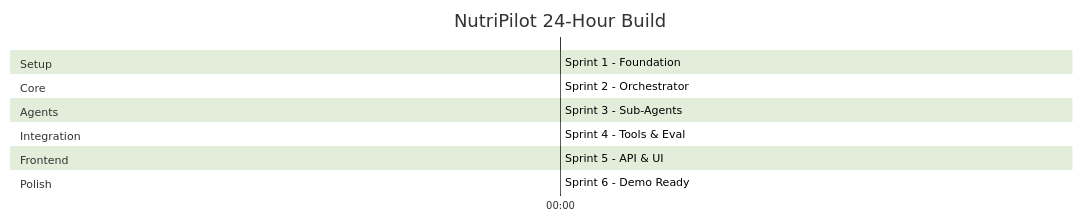
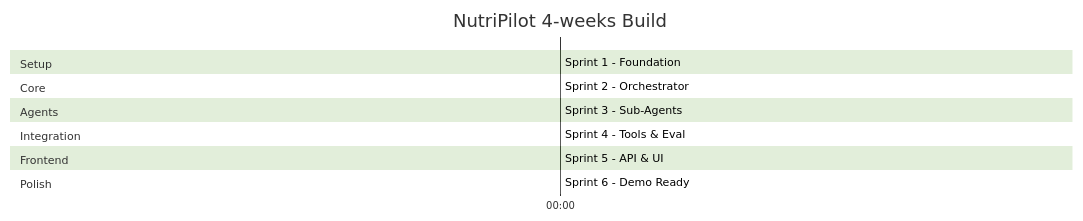
The diagram in PROJECT_PLAN.md (oabolade/nutripilot), drawn with Mermaid (forest theme) before and after one commit.

Commit message:
Update project title to 'NutriPilot 4-weeks Build'

````diff
--- a/PROJECT_PLAN.md
+++ b/PROJECT_PLAN.md
@@ -11,24 +11,24 @@
 ```mermaid
 gantt
-    title NutriPilot 24-Hour Build
+    title NutriPilot 4-weeks Build
     dateFormat HH:mm
     axisFormat %H:%M
     
     section Setup
     Sprint 1 - Foundation     :s1, 00:00, 2 days
     
     section Core
     Sprint 2 - Orchestrator   :s2, after s1, 3 days
     
     section Agents
     Sprint 3 - Sub-Agents     :s3, after s2, 5 days
     
     section Integration
     Sprint 4 - Tools & Eval   :s4, after s3, 5 days
     
     section Frontend
     Sprint 5 - API & UI       :s5, after s4, 2 days
     
     section Polish
     Sprint 6 - Demo Ready     :s6, after s5, 3 days
 ```
````
